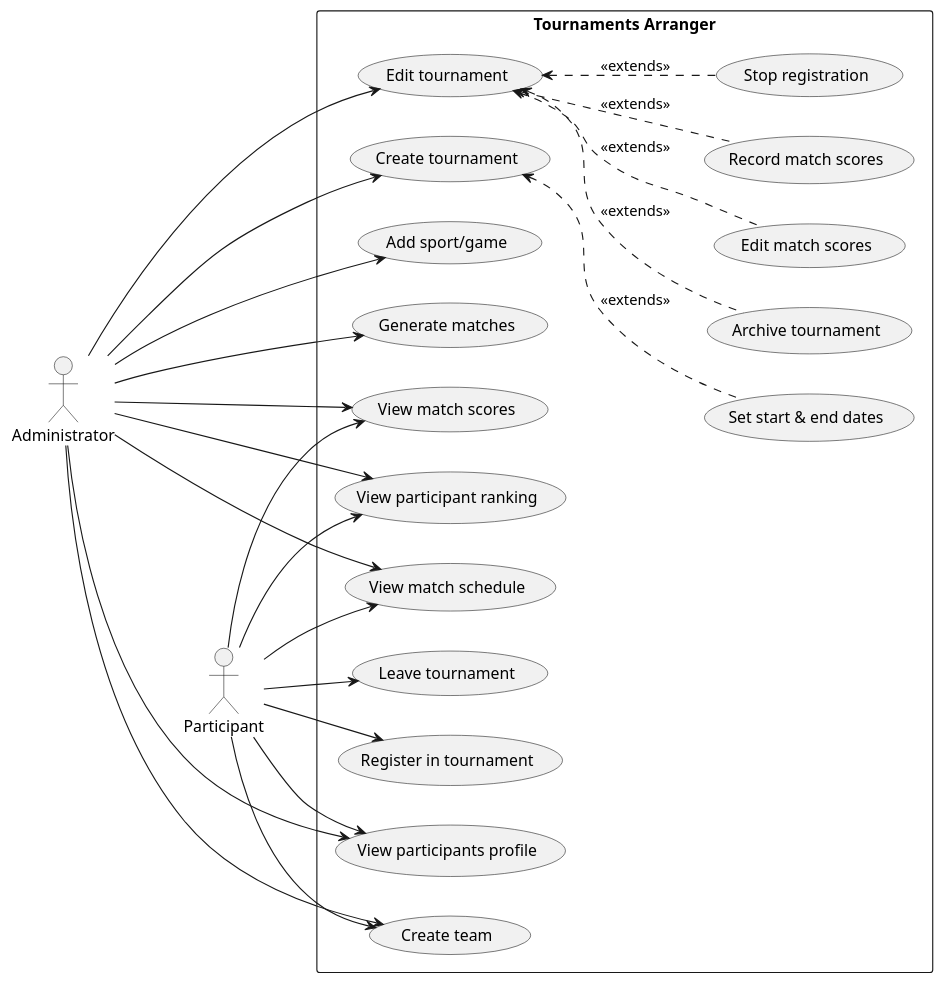
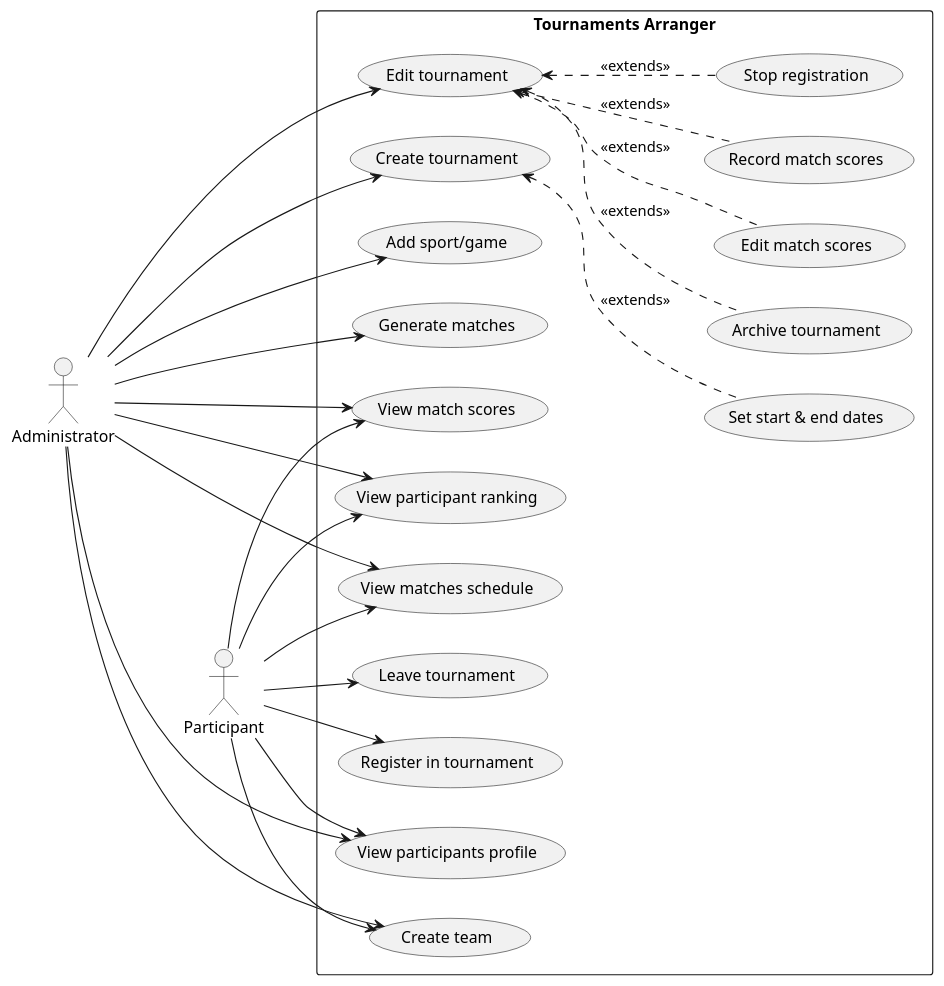
The diagram in docs/phase_1/use_case_diagram.puml (hassain-saeed28/tournaments-arranger), drawn with PlantUML before and after one commit. The commit also changed 1 other file, not shown here.

Commit message:
docs(phase_1): make view `match` schedule as plural (#10)

```diff
--- a/docs/phase_1/use_case_diagram.puml
+++ b/docs/phase_1/use_case_diagram.puml
@@ -1,52 +1,52 @@
 @startuml project
 left to right direction
 
 actor Administrator as admin
 actor Participant as particip
 
 rectangle "Tournaments Arranger" {
     usecase "Create tournament" as create_tournaments
     usecase "Set start & end dates" as set_dates
     set_dates -up-> create_tournaments #line.dashed : <<extends>>
 
     usecase "Edit tournament" as edit_tournament_data
     usecase "Edit match scores" as edit_match_scores
     edit_match_scores -up-> edit_tournament_data #line.dashed : <<extends>>
     usecase "Record match scores" as record_match_scores
     record_match_scores -up-> edit_tournament_data #line.dashed : <<extends>>
     usecase "Stop registration" as stop_registration
     stop_registration -up-> edit_tournament_data #line.dashed : <<extends>>
     usecase "Archive tournament" as archive_tournament
     archive_tournament -up-> edit_tournament_data #line.dashed : <<extends>>
 
     usecase "View match scores" as view_match_scores
     usecase "View participant ranking" as view_participant_ranking
-    usecase "View match schedule" as view_match_schedule
+    usecase "View matches schedule" as view_match_schedule
     usecase "Add sport/game" as add_sport_game
 
     usecase "View participants profile" as view_participant_profile
     usecase "Create team" as create_team
     usecase "Generate matches" as generate_matches
     usecase "Leave tournament" as leave_tournament
     usecase "Register in tournament" as register_in_tournament
 }
 
 admin --> create_tournaments
 admin --> edit_tournament_data
 admin --> generate_matches
 admin --> add_sport_game
 
 admin ---> view_match_schedule
 particip --> view_match_schedule
 admin --> view_participant_ranking
 particip --> view_participant_ranking
 admin --> create_team
 particip --> create_team
 admin --> view_participant_profile
 particip --> view_participant_profile
 admin --> view_match_scores
 particip --> view_match_scores
 
 particip --> register_in_tournament
 particip --> leave_tournament
 @enduml
```
